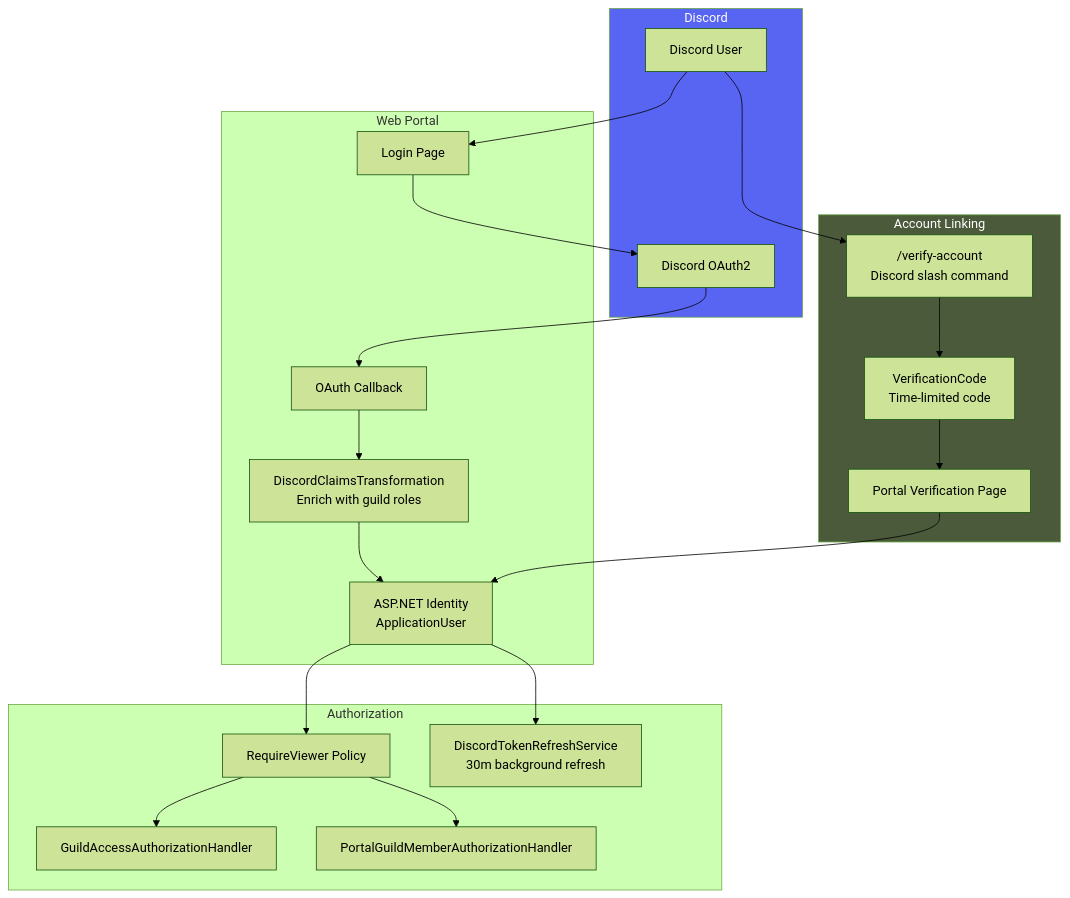
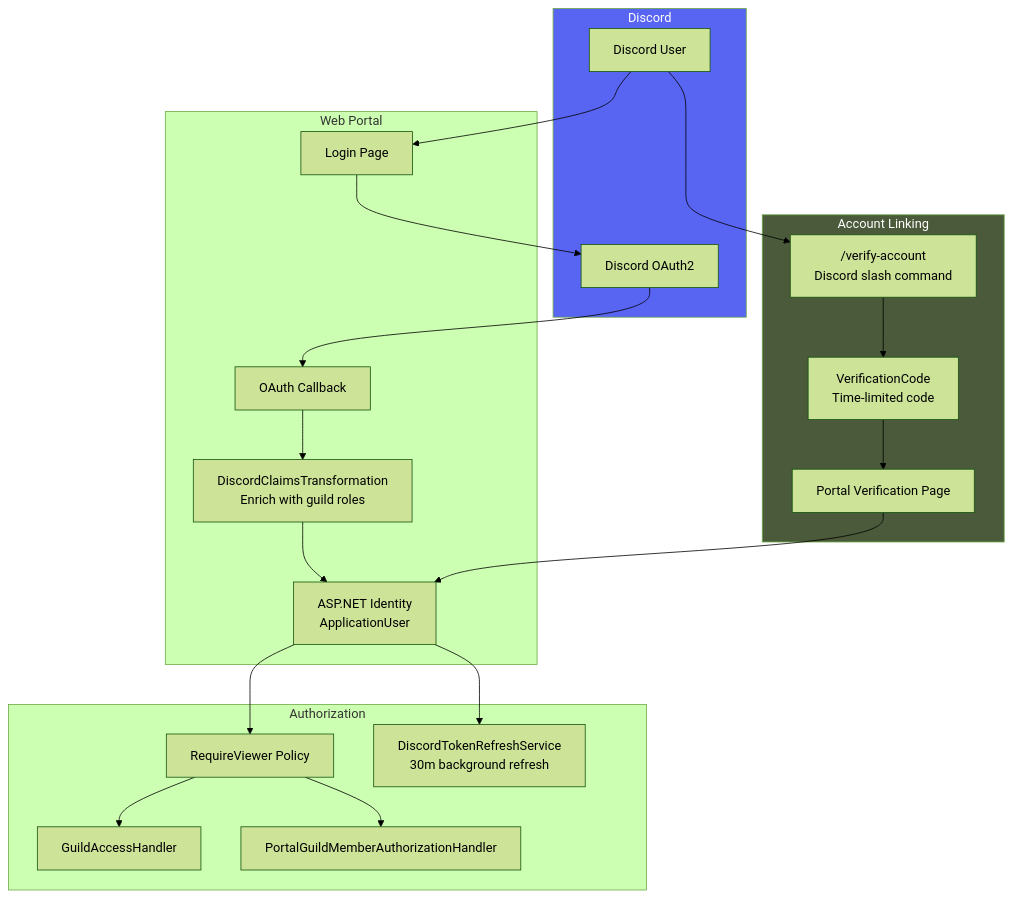
Diagram 13 of 13 in docs/architecture-diagrams.md (cpike5/discordbot), drawn with Mermaid (forest theme) before and after one commit. The commit also changed other lines of this file and 7 other files, not shown here.

First line of the commit message:
Docs for wave 2 and 3: guild access handler, background-service faults, mentions rule, sampling key

````diff
--- a/docs/architecture-diagrams.md
+++ b/docs/architecture-diagrams.md
@@ -588,43 +588,43 @@
 ```mermaid
 flowchart TD
     subgraph discordSide["Discord"]
         discordUser["Discord User"]
         discordOAuth["Discord OAuth2"]
     end
 
     subgraph portal["Web Portal"]
         login["Login Page"]
         oauthCallback["OAuth Callback"]
         claimsTransform["DiscordClaimsTransformation\nEnrich with guild roles"]
         identity["ASP.NET Identity\nApplicationUser"]
     end
 
     subgraph linking["Account Linking"]
         verifyCmd["/verify-account\nDiscord slash command"]
         verifyCode["VerificationCode\nTime-limited code"]
         verifyPage["Portal Verification Page"]
     end
 
     subgraph authz["Authorization"]
         viewerPolicy["RequireViewer Policy"]
-        guildHandler["GuildAccessAuthorizationHandler"]
+        guildHandler["GuildAccessHandler"]
         memberHandler["PortalGuildMemberAuthorizationHandler"]
         tokenRefresh["DiscordTokenRefreshService\n30m background refresh"]
     end
 
     discordUser --> login
     login --> discordOAuth
     discordOAuth --> oauthCallback
     oauthCallback --> claimsTransform --> identity
 
     discordUser --> verifyCmd
     verifyCmd --> verifyCode
     verifyCode --> verifyPage
     verifyPage --> identity
 
     identity --> viewerPolicy --> guildHandler & memberHandler
     identity --> tokenRefresh
 
     style discordSide fill:#5865F2,color:#fff
     style linking fill:#4a5a3a,color:#fff
 ```
````
